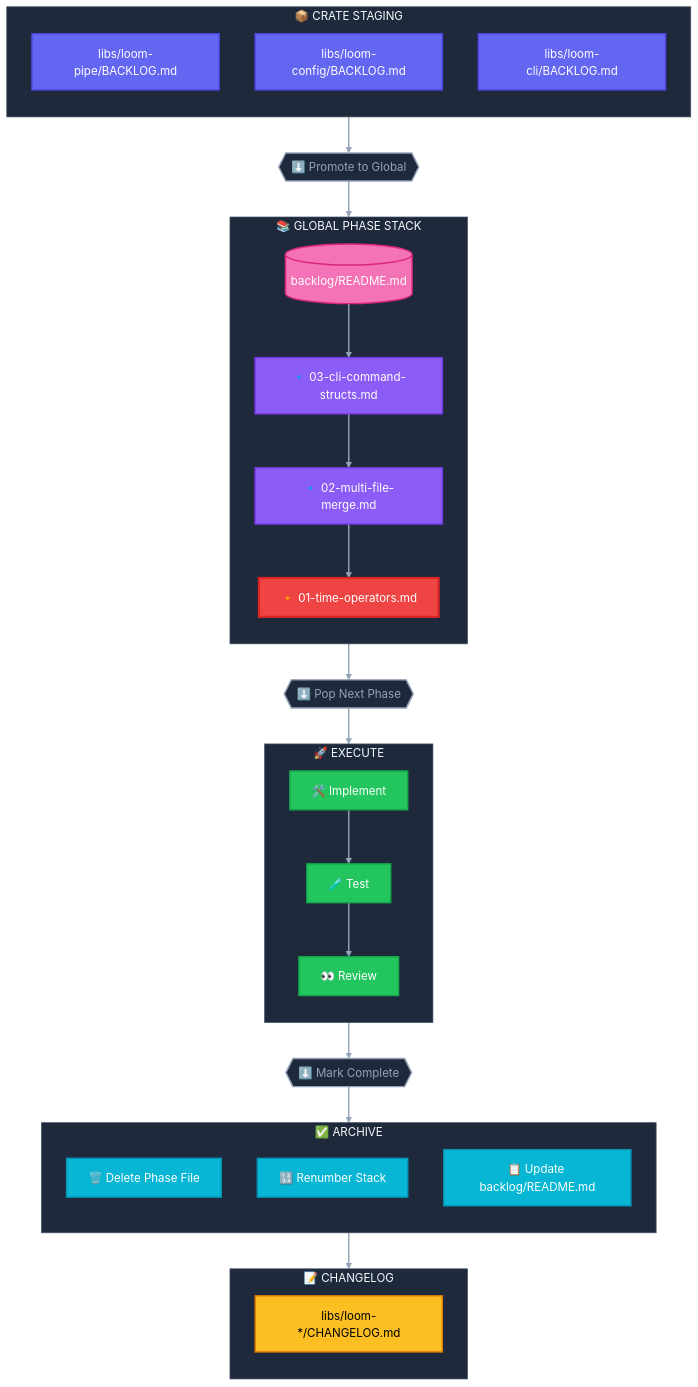
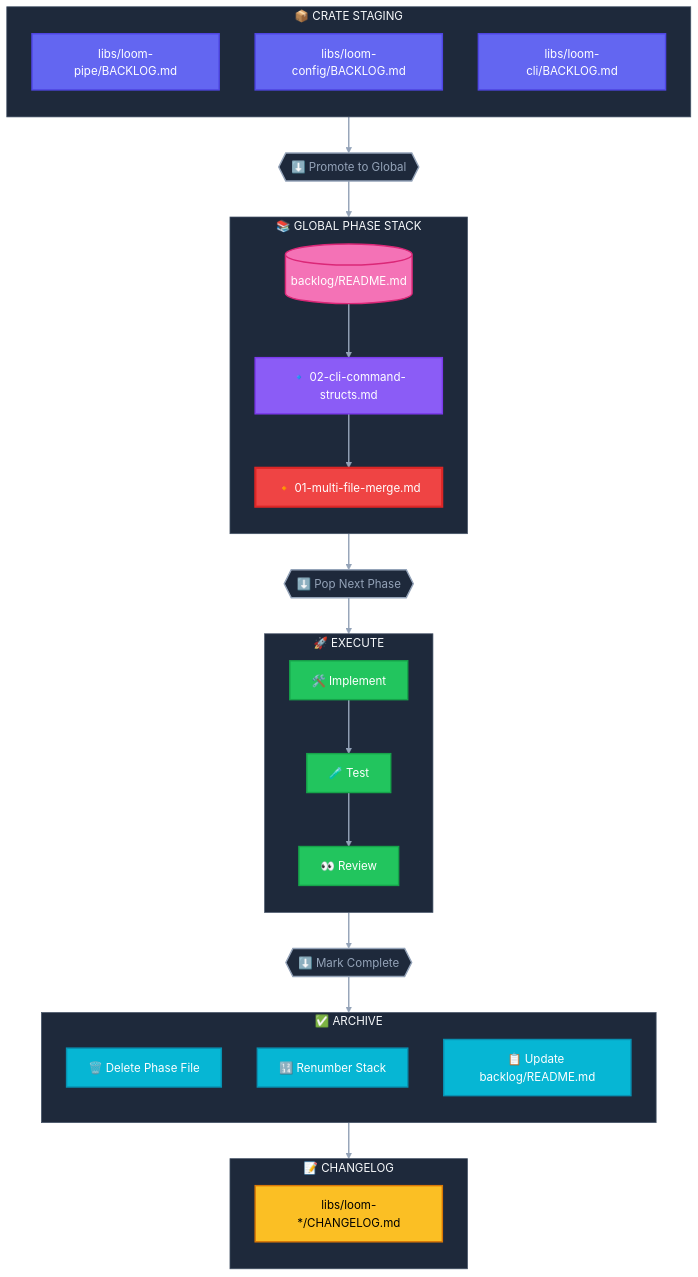
Before and after one commit to aacebo/merc: the first of 2 diagrams in WORKFLOW.md, drawn with Mermaid. The commit also changed other lines of this file and 13 other files, not shown here.

Commit message:
time phase

````diff
--- a/WORKFLOW.md
+++ b/WORKFLOW.md
@@ -5,80 +5,78 @@
 ```mermaid
 %%{init: {'theme': 'base', 'themeVariables': { 'primaryColor': '#6366f1', 'primaryTextColor': '#fff', 'primaryBorderColor': '#4f46e5', 'lineColor': '#94a3b8', 'secondaryColor': '#f472b6', 'tertiaryColor': '#34d399', 'background': '#0f172a', 'mainBkg': '#1e293b', 'nodeBorder': '#475569', 'clusterBkg': '#1e293b', 'clusterBorder': '#475569', 'titleColor': '#f8fafc', 'edgeLabelBackground': '#1e293b'}}}%%
 
 flowchart TB
     subgraph STAGE["📦 CRATE STAGING"]
         direction TB
         s1[libs/loom-pipe/BACKLOG.md]
         s2[libs/loom-config/BACKLOG.md]
         s3[libs/loom-cli/BACKLOG.md]
     end
 
     promote{{"⬇️ Promote to Global"}}
 
     subgraph STACK["📚 GLOBAL PHASE STACK"]
         direction TB
         index[(backlog/README.md)]
-        p03[🔹 03-cli-command-structs.md]
-        p02[🔹 02-multi-file-merge.md]
-        p01[🔸 01-time-operators.md]
+        p02[🔹 02-cli-command-structs.md]
+        p01[🔸 01-multi-file-merge.md]
 
-        index --> p03
-        p03 --> p02
+        index --> p02
         p02 --> p01
     end
 
     pop{{"⬇️ Pop Next Phase"}}
 
     subgraph WORK["🚀 EXECUTE"]
         direction TB
         impl[🛠️ Implement]
         test[🧪 Test]
         review[👀 Review]
 
         impl --> test
         test --> review
     end
 
     complete{{"⬇️ Mark Complete"}}
 
     subgraph DONE["✅ ARCHIVE"]
         direction TB
         remove[🗑️ Delete Phase File]
         renum[🔢 Renumber Stack]
         summary[📋 Update backlog/README.md]
     end
 
     subgraph LOG["📝 CHANGELOG"]
         direction TB
         cl1[libs/loom-*/CHANGELOG.md]
     end
 
     STAGE --> promote
     promote --> STACK
     p01 --> pop
     pop --> WORK
     WORK --> complete
     complete --> DONE
     DONE --> LOG
 
     %% Styling
     classDef staging fill:#6366f1,stroke:#4f46e5,stroke-width:2px,color:#fff
     classDef phase fill:#8b5cf6,stroke:#7c3aed,stroke-width:2px,color:#fff
     classDef nextPhase fill:#ef4444,stroke:#dc2626,stroke-width:3px,color:#fff
     classDef index fill:#f472b6,stroke:#db2777,stroke-width:2px,color:#fff
     classDef action fill:#1e293b,stroke:#94a3b8,stroke-width:2px,color:#94a3b8
     classDef work fill:#22c55e,stroke:#16a34a,stroke-width:2px,color:#fff
     classDef done fill:#06b6d4,stroke:#0891b2,stroke-width:2px,color:#fff
     classDef changelog fill:#fbbf24,stroke:#d97706,stroke-width:2px,color:#000
 
     class s1,s2,s3 staging
-    class p02,p03 phase
+    class p02 phase
     class p01 nextPhase
     class index index
     class promote,pop,complete action
     class impl,test,review work
     class remove,renum,summary done
     class cl1 changelog
 
     linkStyle default stroke:#94a3b8,stroke-width:2px
 ```
````
